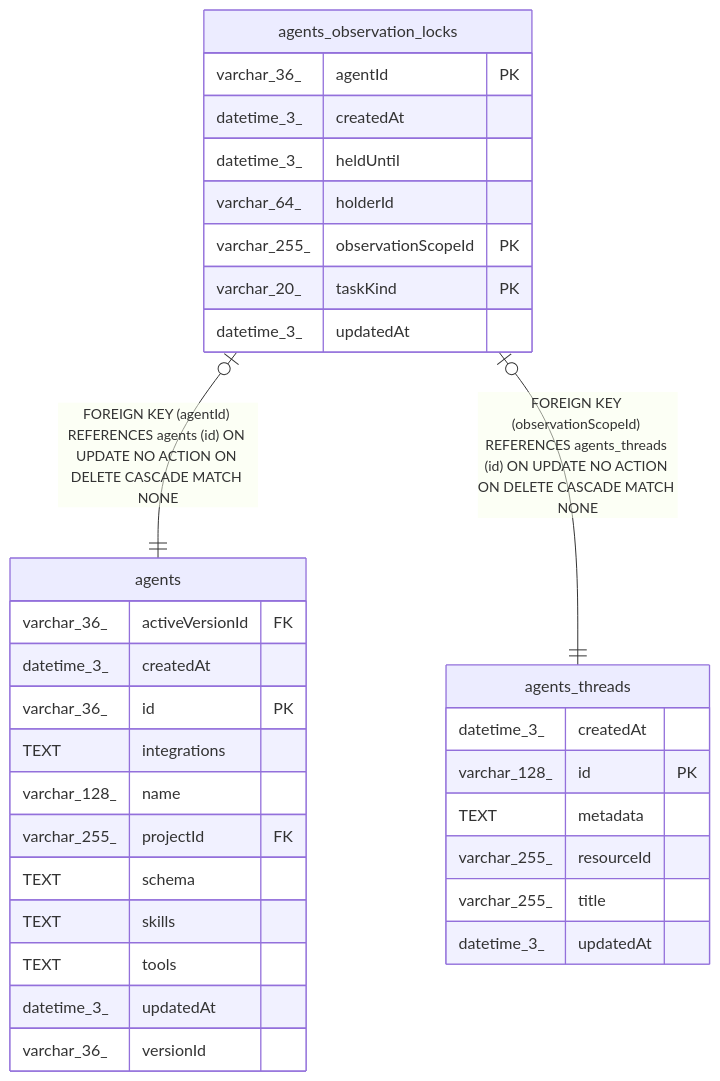
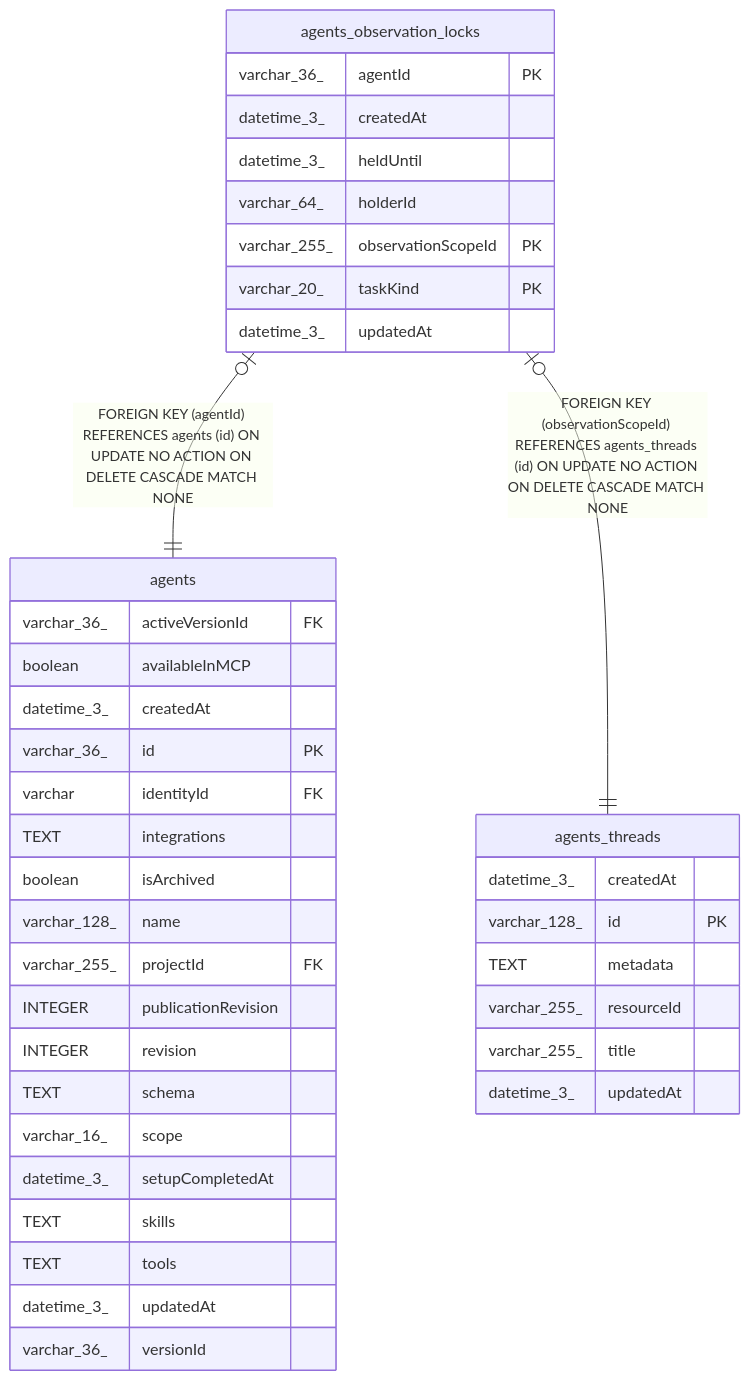
Before and after one commit to koreatest12/studys: the diagram in n8n_integration/n8n_source/docs/generated/sqlite-schema/agents_observation_locks.md, drawn with Mermaid. The commit also changed 23019 other files, not shown here.

````diff
--- a/n8n_integration/n8n_source/docs/generated/sqlite-schema/agents_observation_locks.md
+++ b/n8n_integration/n8n_source/docs/generated/sqlite-schema/agents_observation_locks.md
@@ -47,37 +47,44 @@
 ```mermaid
 erDiagram
 
 "agents_observation_locks" |o--|| "agents" : "FOREIGN KEY (agentId) REFERENCES agents (id) ON UPDATE NO ACTION ON DELETE CASCADE MATCH NONE"
 "agents_observation_locks" |o--|| "agents_threads" : "FOREIGN KEY (observationScopeId) REFERENCES agents_threads (id) ON UPDATE NO ACTION ON DELETE CASCADE MATCH NONE"
 
 "agents_observation_locks" {
   varchar_36_ agentId PK
   datetime_3_ createdAt
   datetime_3_ heldUntil
   varchar_64_ holderId
   varchar_255_ observationScopeId PK
   varchar_20_ taskKind PK
   datetime_3_ updatedAt
 }
 "agents" {
   varchar_36_ activeVersionId FK
+  boolean availableInMCP
   datetime_3_ createdAt
   varchar_36_ id PK
+  varchar identityId FK
   TEXT integrations
+  boolean isArchived
   varchar_128_ name
   varchar_255_ projectId FK
+  INTEGER publicationRevision
+  INTEGER revision
   TEXT schema
+  varchar_16_ scope
+  datetime_3_ setupCompletedAt
   TEXT skills
   TEXT tools
   datetime_3_ updatedAt
   varchar_36_ versionId
 }
 "agents_threads" {
   datetime_3_ createdAt
   varchar_128_ id PK
   TEXT metadata
   varchar_255_ resourceId
   varchar_255_ title
   datetime_3_ updatedAt
 }
 ```
````
